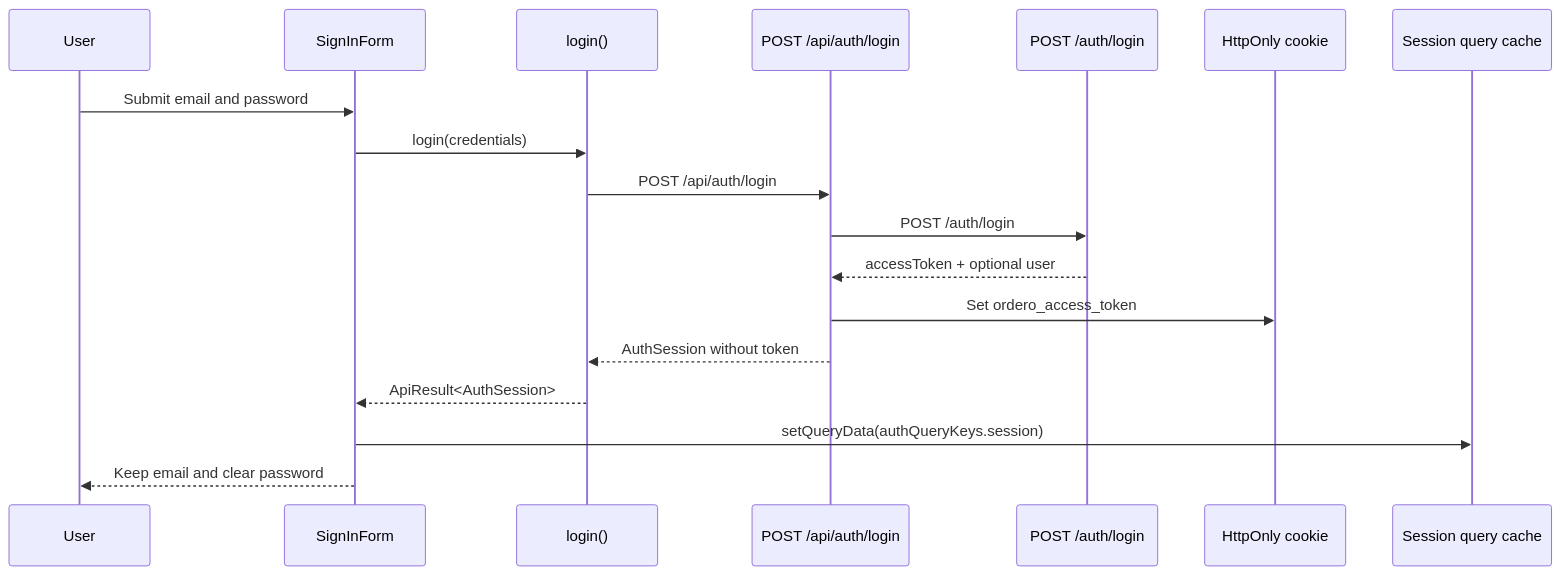
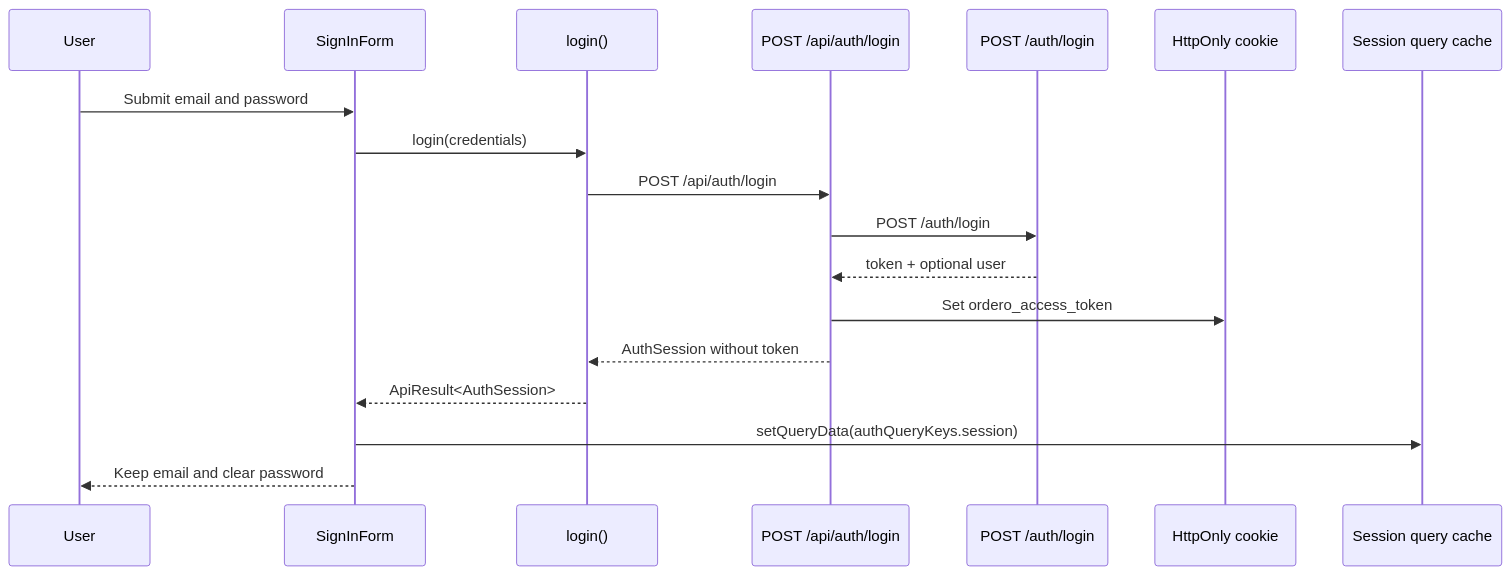
One commit to ordero-biz/monorepo changed the second of 7 diagrams in docs/http-auth.md. Above: the diagram before and after it, drawn with Mermaid. The commit also changed other lines of this file and 11 other files, not shown here.

````diff
--- a/docs/http-auth.md
+++ b/docs/http-auth.md
@@ -94,21 +94,21 @@
 ```mermaid
 sequenceDiagram
   participant User
   participant Form as SignInForm
   participant Client as login()
   participant Route as POST /api/auth/login
   participant Backend as POST /auth/login
   participant Cookie as HttpOnly cookie
   participant Query as Session query cache
 
   User->>Form: Submit email and password
   Form->>Client: login(credentials)
   Client->>Route: POST /api/auth/login
   Route->>Backend: POST /auth/login
-  Backend-->>Route: accessToken + optional user
+  Backend-->>Route: token + optional user
   Route->>Cookie: Set ordero_access_token
   Route-->>Client: AuthSession without token
   Client-->>Form: ApiResult<AuthSession>
   Form->>Query: setQueryData(authQueryKeys.session)
   Form-->>User: Keep email and clear password
 ```
````
